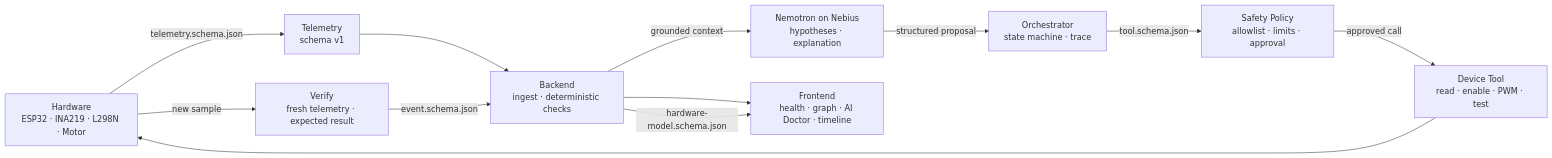
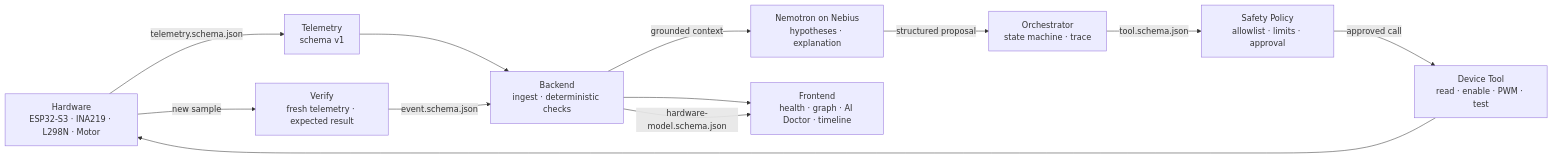
One commit to Little-Boy-z-NeXus/nexus-hardware-doctor changed the first of 2 diagrams in docs/architecture.md. Above: the diagram before and after it, drawn with Mermaid. The commit also changed 28 other files, not shown here.

````diff
--- a/docs/architecture.md
+++ b/docs/architecture.md
@@ -7,24 +7,24 @@
 ```mermaid
 flowchart LR
-    HW["Hardware<br/>ESP32 · INA219 · L298N · Motor"]
+    HW["Hardware<br/>ESP32-S3 · INA219 · L298N · Motor"]
     TEL["Telemetry<br/>schema v1"]
     API["Backend<br/>ingest · deterministic checks"]
     LLM["Nemotron on Nebius<br/>hypotheses · explanation"]
     ORC["Orchestrator<br/>state machine · trace"]
     SAFE["Safety Policy<br/>allowlist · limits · approval"]
     TOOL["Device Tool<br/>read · enable · PWM · test"]
     VERIFY["Verify<br/>fresh telemetry · expected result"]
     UI["Frontend<br/>health · graph · AI Doctor · timeline"]
 
     HW -->|telemetry.schema.json| TEL
     TEL --> API
     API -->|grounded context| LLM
     LLM -->|structured proposal| ORC
     ORC -->|tool.schema.json| SAFE
     SAFE -->|approved call| TOOL
     TOOL --> HW
     HW -->|new sample| VERIFY
     VERIFY -->|event.schema.json| API
     API --> UI
     API -->|hardware-model.schema.json| UI
 ```
````
